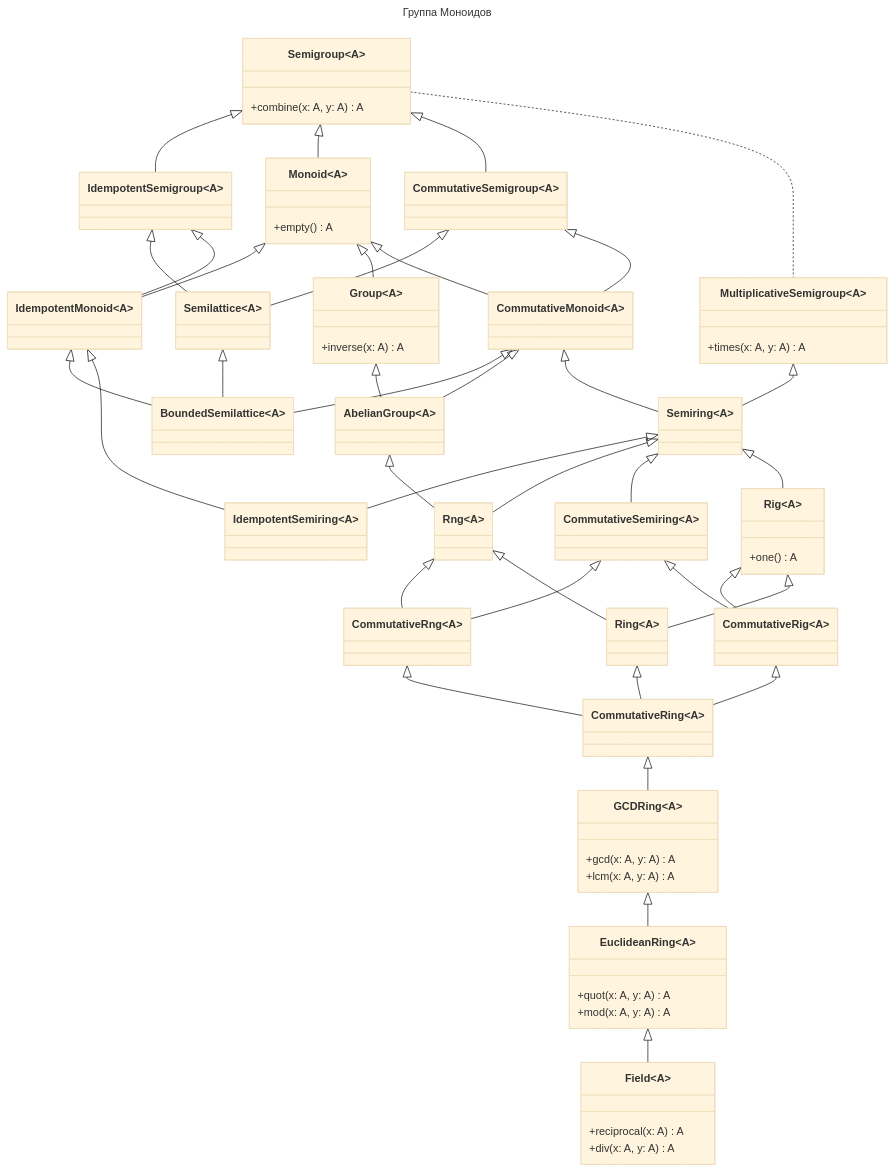
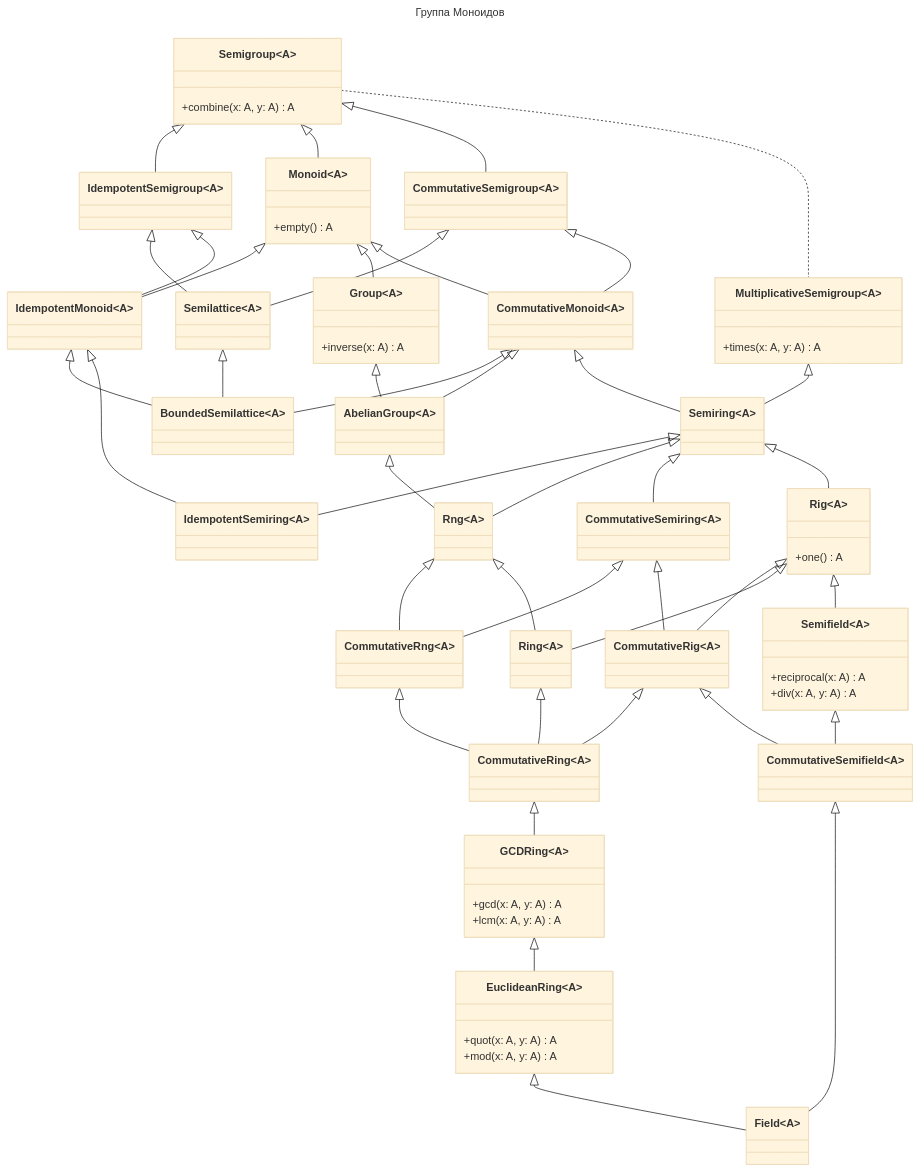
Before and after one commit to artemkorsakov/scalabook: the diagram in docs/typeclass/monoid.md, drawn with Mermaid (base theme). The commit also changed 7 other files, not shown here.

````diff
--- a/docs/typeclass/monoid.md
+++ b/docs/typeclass/monoid.md
@@ -171,9 +171,15 @@
         +mod(x: A, y: A) A
     }
     GCDRing <|-- EuclideanRing
-    class Field~A~{
+    class Semifield~A~{
         +reciprocal(x: A) A
         +div(x: A, y: A) A
     }
+    Rig <|-- Semifield
+    class CommutativeSemifield~A~
+    Semifield <|-- CommutativeSemifield
+    CommutativeRig <|-- CommutativeSemifield
+    class Field~A~
     EuclideanRing <|-- Field
+    CommutativeSemifield <|-- Field
 ```
````
